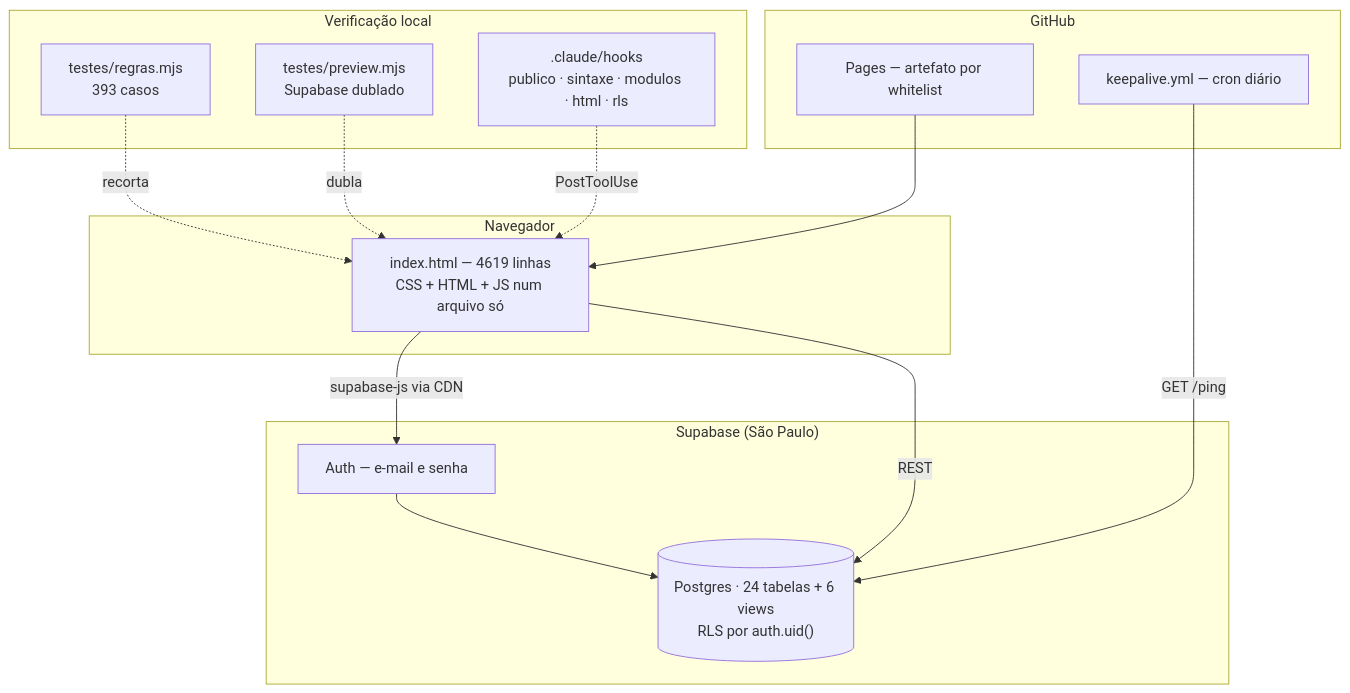
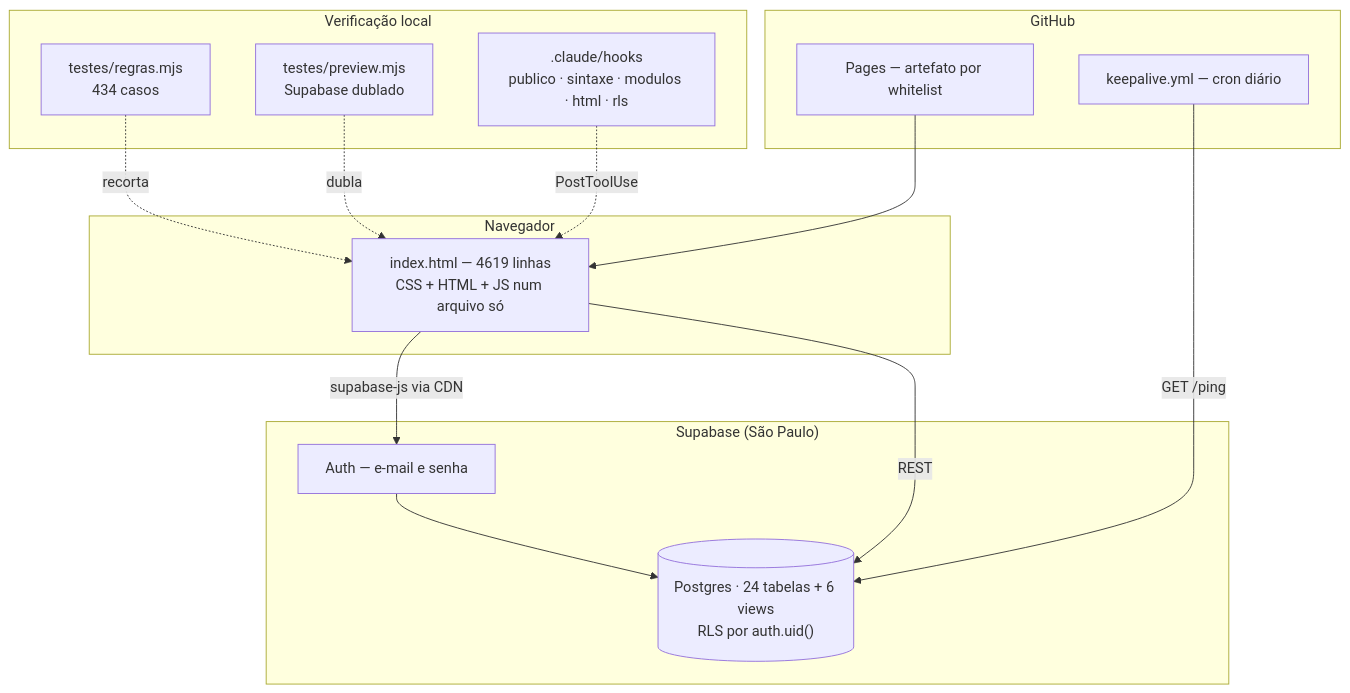
One commit to oxeramon/lagrimas-do-clt changed the first of 2 diagrams in docs/CODEBASE_MAP.md. Above: the diagram before and after it, drawn with Mermaid. The commit also changed other lines of this file and 6 other files, not shown here.

````diff
--- a/docs/CODEBASE_MAP.md
+++ b/docs/CODEBASE_MAP.md
@@ -19,27 +19,27 @@
 ```mermaid
 graph TB
     subgraph Navegador
         HTML["index.html — 4619 linhas<br/>CSS + HTML + JS num arquivo só"]
     end
     subgraph "Supabase (São Paulo)"
         Auth["Auth — e-mail e senha"]
         PG[("Postgres · 24 tabelas + 6 views<br/>RLS por auth.uid()")]
     end
     subgraph GitHub
         Pages["Pages — artefato por whitelist"]
         Cron["keepalive.yml — cron diário"]
     end
     subgraph "Verificação local"
-        Regras["testes/regras.mjs<br/>393 casos"]
+        Regras["testes/regras.mjs<br/>434 casos"]
         Preview["testes/preview.mjs<br/>Supabase dublado"]
         Hooks[".claude/hooks<br/>publico · sintaxe · modulos · html · rls"]
     end
     HTML -->|supabase-js via CDN| Auth
     HTML -->|REST| PG
     Auth --> PG
     Pages --> HTML
     Cron -->|GET /ping| PG
     Regras -.recorta.-> HTML
     Preview -.dubla.-> HTML
     Hooks -.PostToolUse.-> HTML
 ```
````
